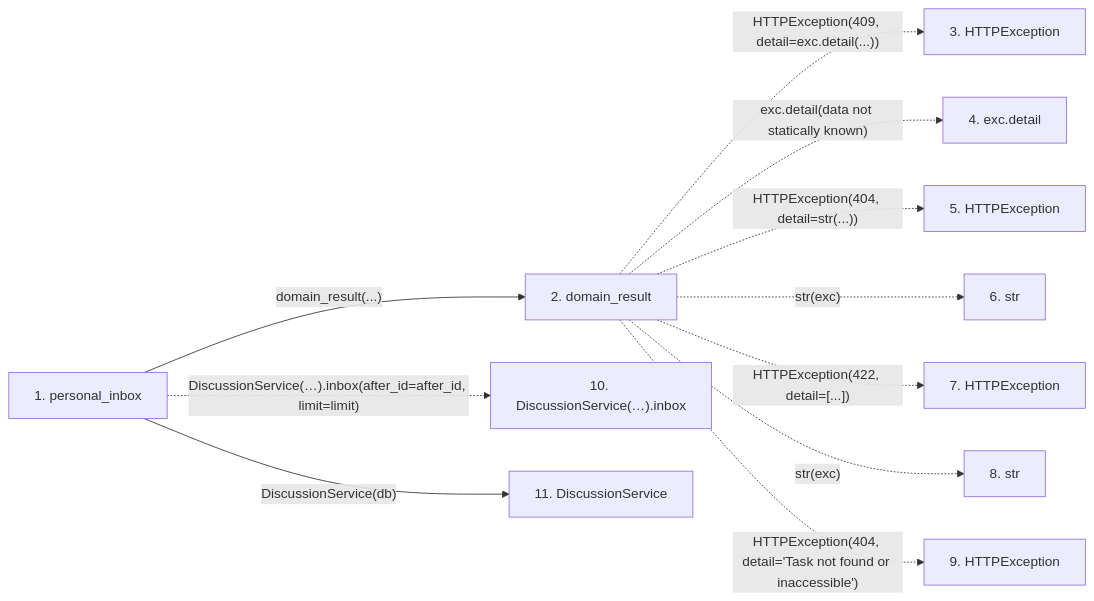
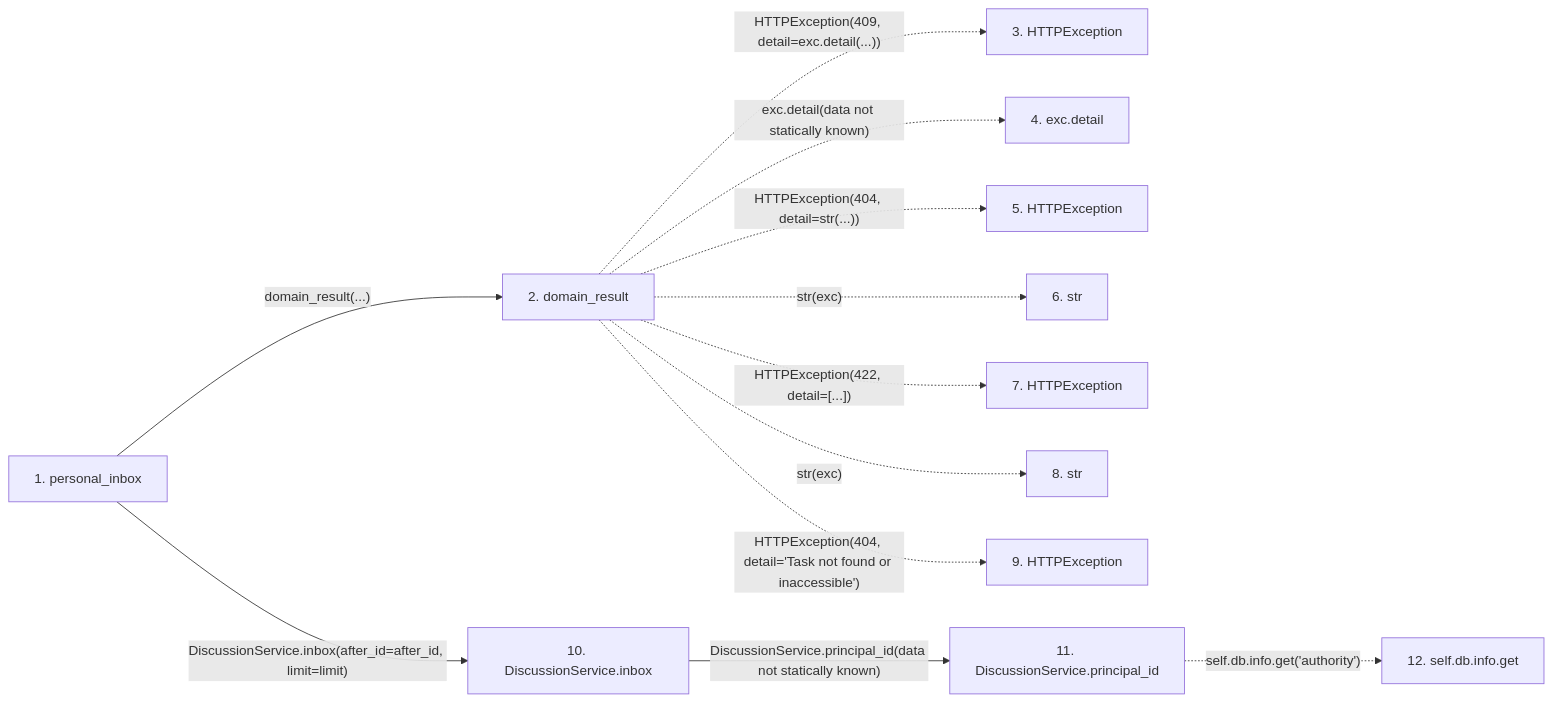
The second of 2 diagrams in docs/llm_wiki/flows/http-personal_inbox.md (Denissvgn/WorkChord), drawn with Mermaid before and after one commit. The commit also changed other lines of this file and 25171 other files, not shown here.

````diff
--- a/docs/llm_wiki/flows/http-personal_inbox.md
+++ b/docs/llm_wiki/flows/http-personal_inbox.md
@@ -34,27 +93,30 @@
 ```mermaid
 flowchart LR
     s1["1. personal_inbox"]
     s2["2. domain_result"]
     s3["3. HTTPException"]
     s4["4. exc.detail"]
     s5["5. HTTPException"]
     s6["6. str"]
     s7["7. HTTPException"]
     s8["8. str"]
     s9["9. HTTPException"]
-    s10["10. DiscussionService(…).inbox"]
-    s11["11. DiscussionService"]
+    s10["10. DiscussionService.inbox"]
+    s11["11. DiscussionService.principal_id"]
+    s12["12. self.db.info.get"]
     s1 -->|"domain_result(...)"| s2
     s2 -. "HTTPException(409, detail=exc.detail(...))" .-> s3
     s2 -. "exc.detail(data not statically known)" .-> s4
     s2 -. "HTTPException(404, detail=str(...))" .-> s5
     s2 -. "str(exc)" .-> s6
     s2 -. "HTTPException(422, detail=[...])" .-> s7
     s2 -. "str(exc)" .-> s8
     s2 -. "HTTPException(404, detail='Task not found or inaccessible')" .-> s9
-    s1 -. "DiscussionService(…).inbox(after_id=after_id, limit=limit)" .-> s10
-    s1 -->|"DiscussionService(db)"| s11
+    s1 -->|"DiscussionService.inbox(after_id=after_id, limit=limit)"| s10
+    s10 -->|"DiscussionService.principal_id(data not statically known)"| s11
+    s11 -. "self.db.info.get('authority')" .-> s12
     click s1 "../modules/routers_discussion.md"
     click s2 "../modules/routers_task_domain.md"
+    click s10 "../modules/discussion_service.md"
     click s11 "../modules/discussion_service.md"
 ```
````
